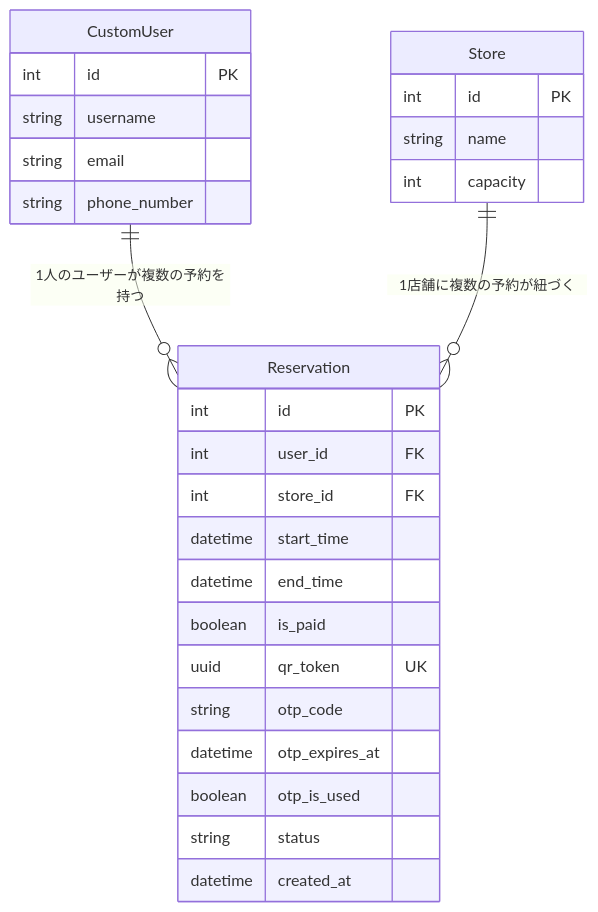
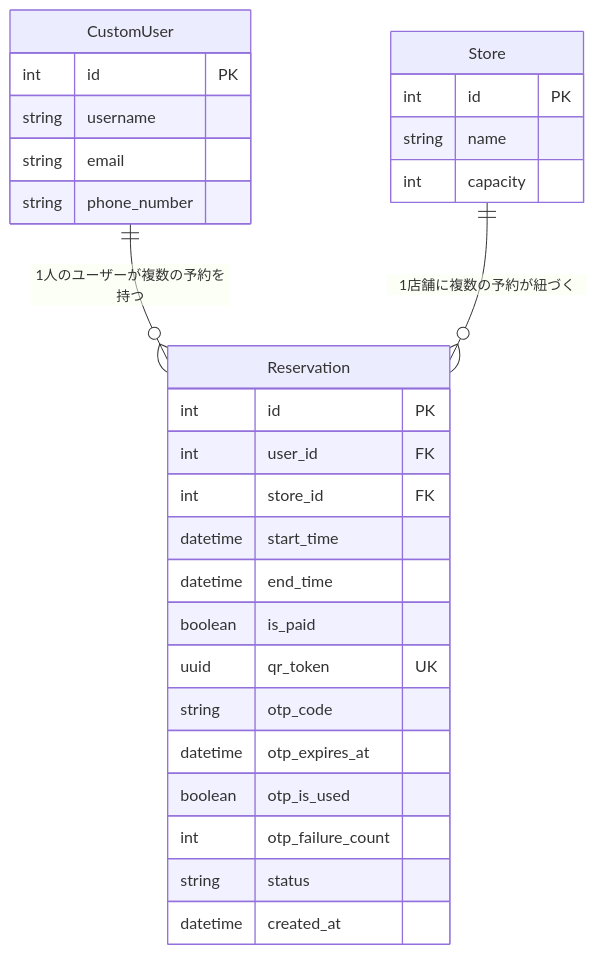
The diagram in README.md (Uzu83/my_mvp_project), drawn with Mermaid before and after one commit. The commit also changed other lines of this file and 1 other file, not shown here.

First line of the commit message:
docs: add OTP security highlights and coding conventions

````diff
--- a/README.md
+++ b/README.md
@@ -59,33 +86,34 @@
 ```mermaid
 erDiagram
     CustomUser ||--o{ Reservation : "1人のユーザーが複数の予約を持つ"
     Store ||--o{ Reservation : "1店舗に複数の予約が紐づく"
 
     CustomUser {
         int id PK
         string username
         string email
         string phone_number
     }
 
     Store {
         int id PK
         string name
         int capacity
     }
 
     Reservation {
         int id PK
         int user_id FK
         int store_id FK
         datetime start_time
         datetime end_time
         boolean is_paid
         uuid qr_token UK
         string otp_code
         datetime otp_expires_at
         boolean otp_is_used
+        int otp_failure_count
         string status
         datetime created_at
     }
 ```
````
